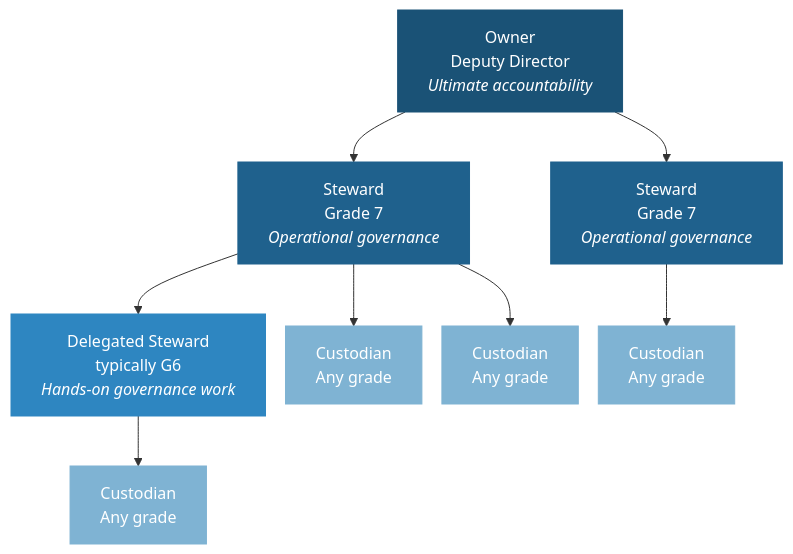
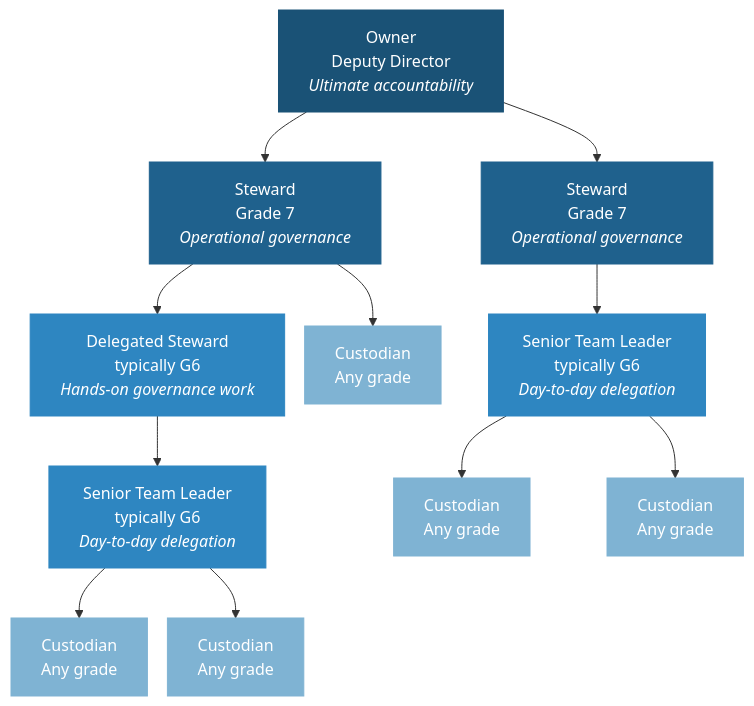
Before and after one commit to JonPayneEA/Governance: the third of 6 diagrams in 01-governance-framework.qmd, drawn with Mermaid.

Commit message:
feat: add Senior Team Leader nodes to role hierarchy diagram
Add STL (G6) nodes to the role hierarchy diagram in the Role Summary
section. Delegated Steward directs to STL; STL delegates to Custodians.
Right-hand branch shows a Steward with a direct STL and no Delegated
Steward, reflecting the more common team structure.

````diff
--- a/01-governance-framework.qmd
+++ b/01-governance-framework.qmd
@@ -166,30 +166,39 @@
 ```{mermaid}
 %%{init: {"theme": "default", "flowchart": {"rankSpacing": 50, "nodeSpacing": 20}}}%%
-%%| fig-width: 5.5
+%%| fig-width: 6
 graph TD
     O["Owner<br/>Deputy Director<br/><i>Ultimate accountability</i>"]
     S1["Steward<br/>Grade 7<br/><i>Operational governance</i>"]
     S2["Steward<br/>Grade 7<br/><i>Operational governance</i>"]
     DS["Delegated Steward<br/>typically G6<br/><i>Hands-on governance work</i>"]
+    STL1["Senior Team Leader<br/>typically G6<br/><i>Day-to-day delegation</i>"]
+    STL2["Senior Team Leader<br/>typically G6<br/><i>Day-to-day delegation</i>"]
     C1["Custodian<br/>Any grade"]
     C2["Custodian<br/>Any grade"]
     C3["Custodian<br/>Any grade"]
     C4["Custodian<br/>Any grade"]
+    C5["Custodian<br/>Any grade"]
 
     O --> S1
     O --> S2
     S1 --> DS
     S1 --> C1
-    S1 --> C2
-    S2 --> C3
-    DS --> C4
+    DS --> STL1
+    STL1 --> C2
+    STL1 --> C3
+    S2 --> STL2
+    STL2 --> C4
+    STL2 --> C5
 
     style O fill:#1a5276,color:#fff,stroke:#1a5276
     style S1 fill:#1f618d,color:#fff,stroke:#1f618d
     style S2 fill:#1f618d,color:#fff,stroke:#1f618d
     style DS fill:#2e86c1,color:#fff,stroke:#2e86c1
+    style STL1 fill:#2e86c1,color:#fff,stroke:#2e86c1
+    style STL2 fill:#2e86c1,color:#fff,stroke:#2e86c1
     style C1 fill:#7fb3d3,color:#fff,stroke:#7fb3d3
     style C2 fill:#7fb3d3,color:#fff,stroke:#7fb3d3
     style C3 fill:#7fb3d3,color:#fff,stroke:#7fb3d3
     style C4 fill:#7fb3d3,color:#fff,stroke:#7fb3d3
+    style C5 fill:#7fb3d3,color:#fff,stroke:#7fb3d3
 ```
````
